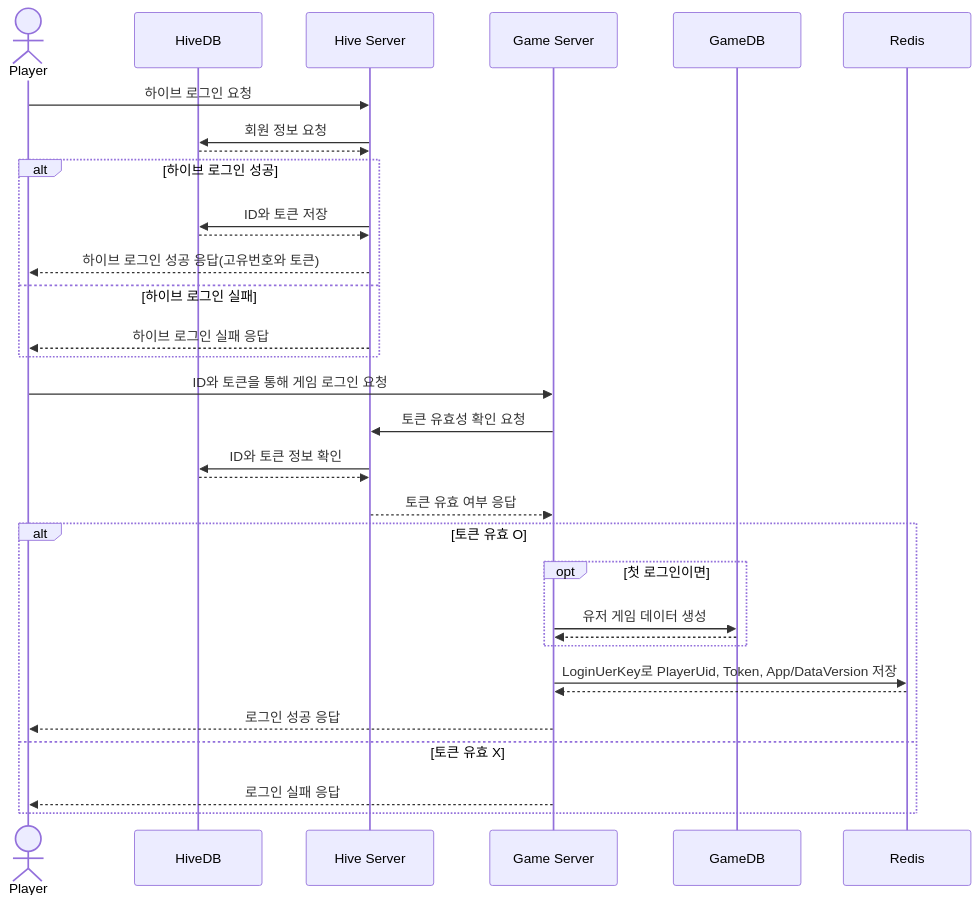
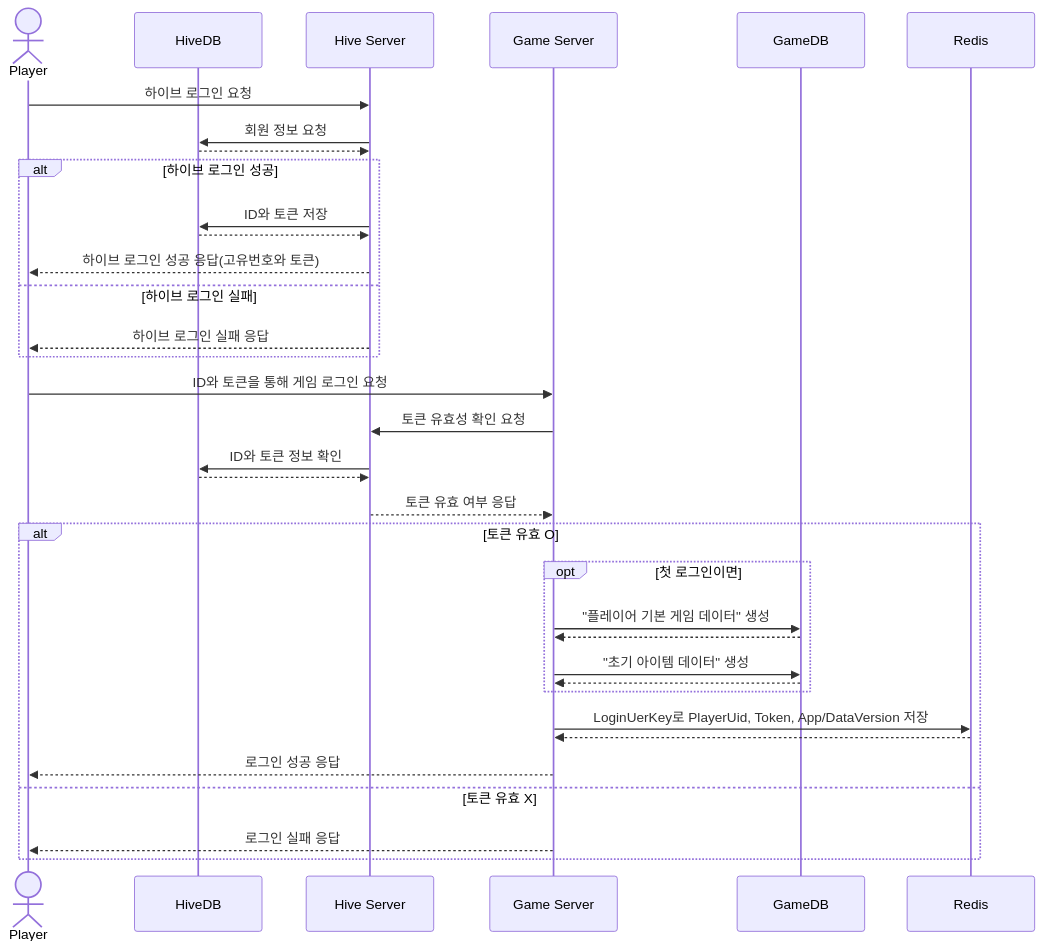
Before and after one commit to yujinS0/Omok-Game: the second of 2 diagrams in SequenceDiagram/Register-Login.md, drawn with Mermaid.

````diff
--- a/SequenceDiagram/Register-Login.md
+++ b/SequenceDiagram/Register-Login.md
@@ -23,48 +23,50 @@
 ```mermaid
 sequenceDiagram
 	actor P as Player
 	participant HD as HiveDB
 	participant H as Hive Server
 	participant G as Game Server
 	participant GD as GameDB
 	participant R as Redis
 	
 	P ->> H: 하이브 로그인 요청
   	H ->> HD : 회원 정보 요청
   	HD -->> H : 
 
 	alt 하이브 로그인 성공
 		H ->> HD : ID와 토큰 저장
 		HD -->> H : 
 		H -->> P : 하이브 로그인 성공 응답(고유번호와 토큰) 
 	else 하이브 로그인 실패
 		H -->> P : 하이브 로그인 실패 응답
 	end
 
 	P ->> G : ID와 토큰을 통해 게임 로그인 요청
 	G ->> H : 토큰 유효성 확인 요청
 	H ->> HD : ID와 토큰 정보 확인
 	HD -->> H :  
 	H -->> G : 토큰 유효 여부 응답
 
 	alt 토큰 유효 O
 		opt 첫 로그인이면
-			G ->> GD : 유저 게임 데이터 생성
+			G ->> GD : "플레이어 기본 게임 데이터" 생성
+			GD -->> G : 
+			G ->> GD : "초기 아이템 데이터" 생성
 			GD -->> G :  
 		end
 
 		G ->> R : LoginUerKey로 PlayerUid, Token, App/DataVersion 저장
 	  	R -->> G :  
 
 		G -->> P : 로그인 성공 응답
 	else 토큰 유효 X
 		G -->> P : 로그인 실패 응답
 	end
 
 
 
 
 
 
 
 ```
````
